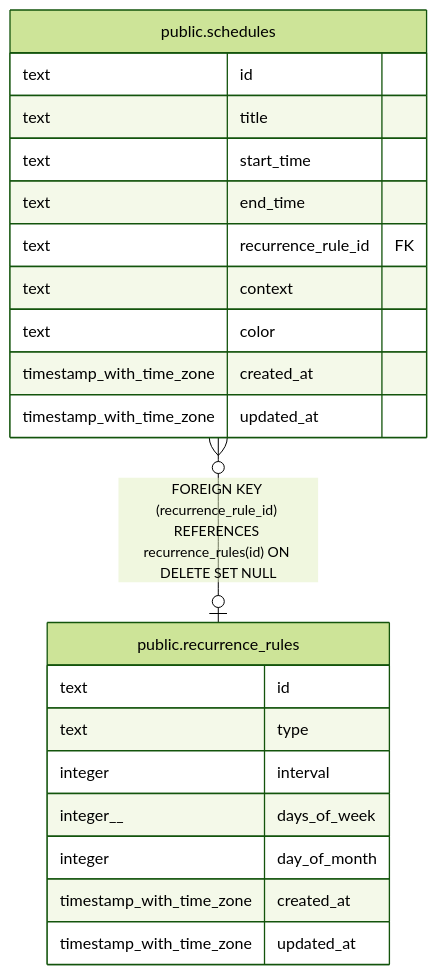
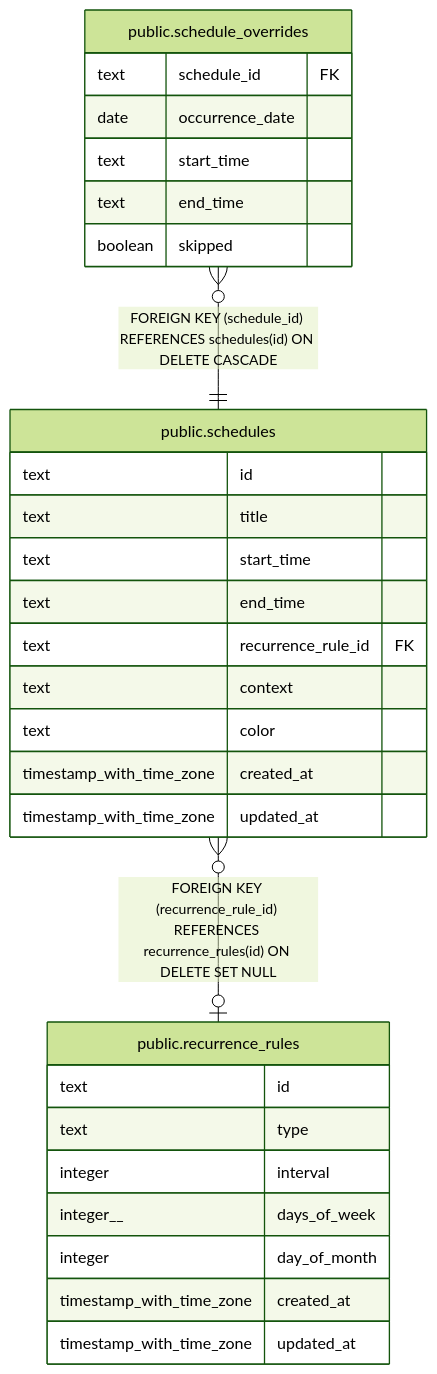
One commit to fohte/tq changed the diagram in api/docs/db/public.schedules.md. Above: the diagram before and after it, drawn with Mermaid (forest theme). The commit also changed 21 other files, not shown here.

First line of the commit message:
api/schedule: add per-occurrence overrides

````diff
--- a/api/docs/db/public.schedules.md
+++ b/api/docs/db/public.schedules.md
@@ -45,26 +45,34 @@
 ```mermaid
 erDiagram
 
 "public.schedules" }o--o| "public.recurrence_rules" : "FOREIGN KEY (recurrence_rule_id) REFERENCES recurrence_rules(id) ON DELETE SET NULL"
+"public.schedule_overrides" }o--|| "public.schedules" : "FOREIGN KEY (schedule_id) REFERENCES schedules(id) ON DELETE CASCADE"
 
 "public.schedules" {
   text id
   text title
   text start_time
   text end_time
   text recurrence_rule_id FK
   text context
   text color
   timestamp_with_time_zone created_at
   timestamp_with_time_zone updated_at
 }
+"public.schedule_overrides" {
+  text schedule_id FK
+  date occurrence_date
+  text start_time
+  text end_time
+  boolean skipped
+}
 "public.recurrence_rules" {
   text id
   text type
   integer interval
   integer__ days_of_week
   integer day_of_month
   timestamp_with_time_zone created_at
   timestamp_with_time_zone updated_at
 }
 ```
````
